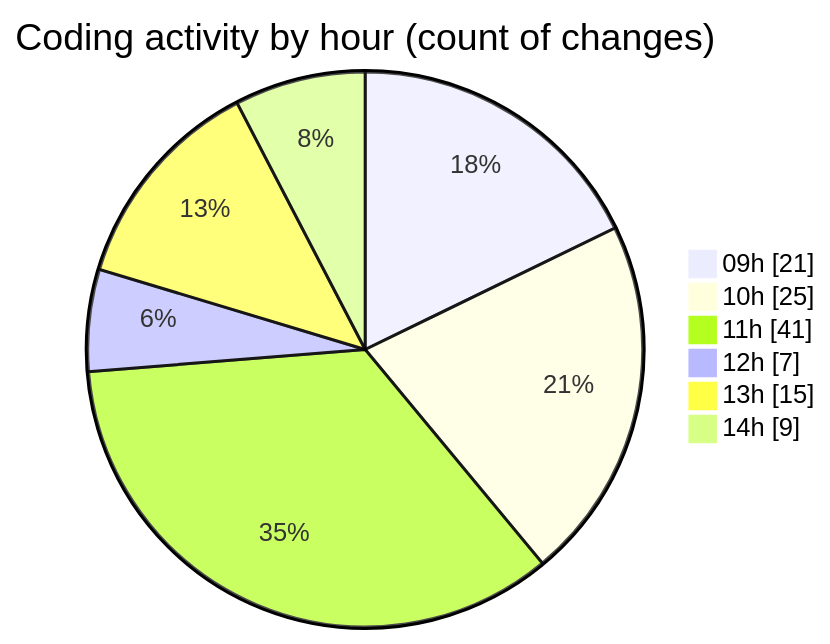
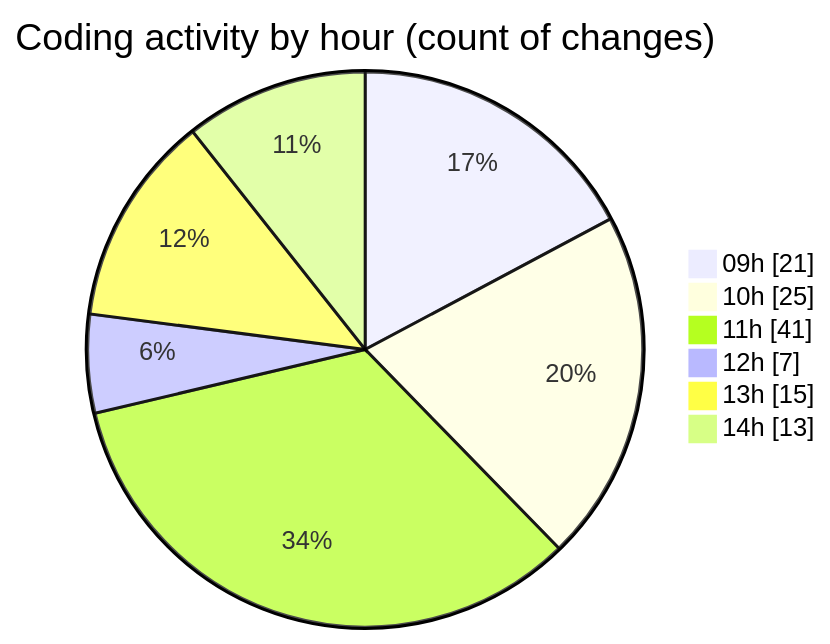
One commit to momahboobian/code-tracking changed the second of 2 diagrams in 2025-12-01/cda/README.md. Above: the diagram before and after it, drawn with Mermaid. The commit also changed other lines of this file and 1 other file, not shown here.

````diff
--- a/2025-12-01/cda/README.md
+++ b/2025-12-01/cda/README.md
@@ -45,10 +45,10 @@
 ```mermaid
 pie showData
 title Coding activity by hour (count of changes)
 "09h" : 21
 "10h" : 25
 "11h" : 41
 "12h" : 7
 "13h" : 15
-"14h" : 9
+"14h" : 13
 ```
````
